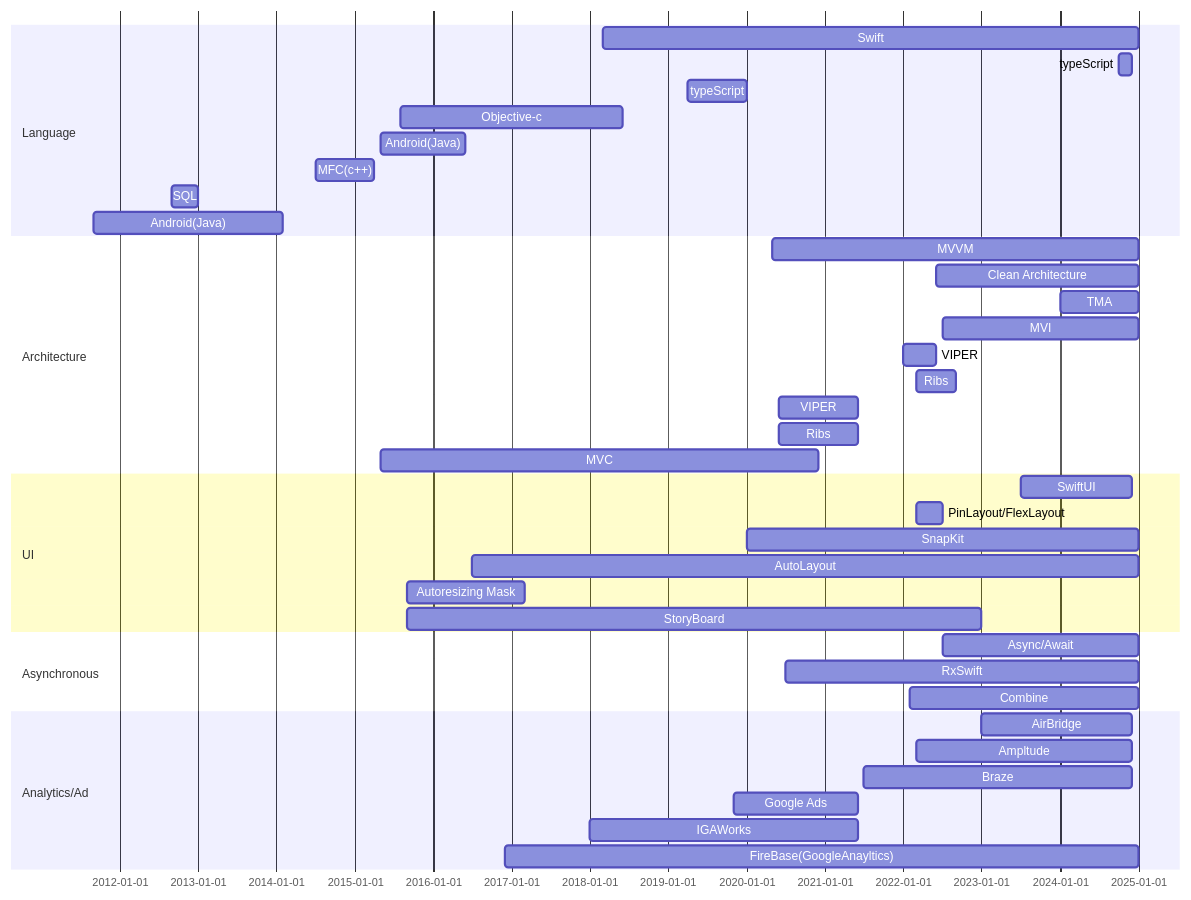
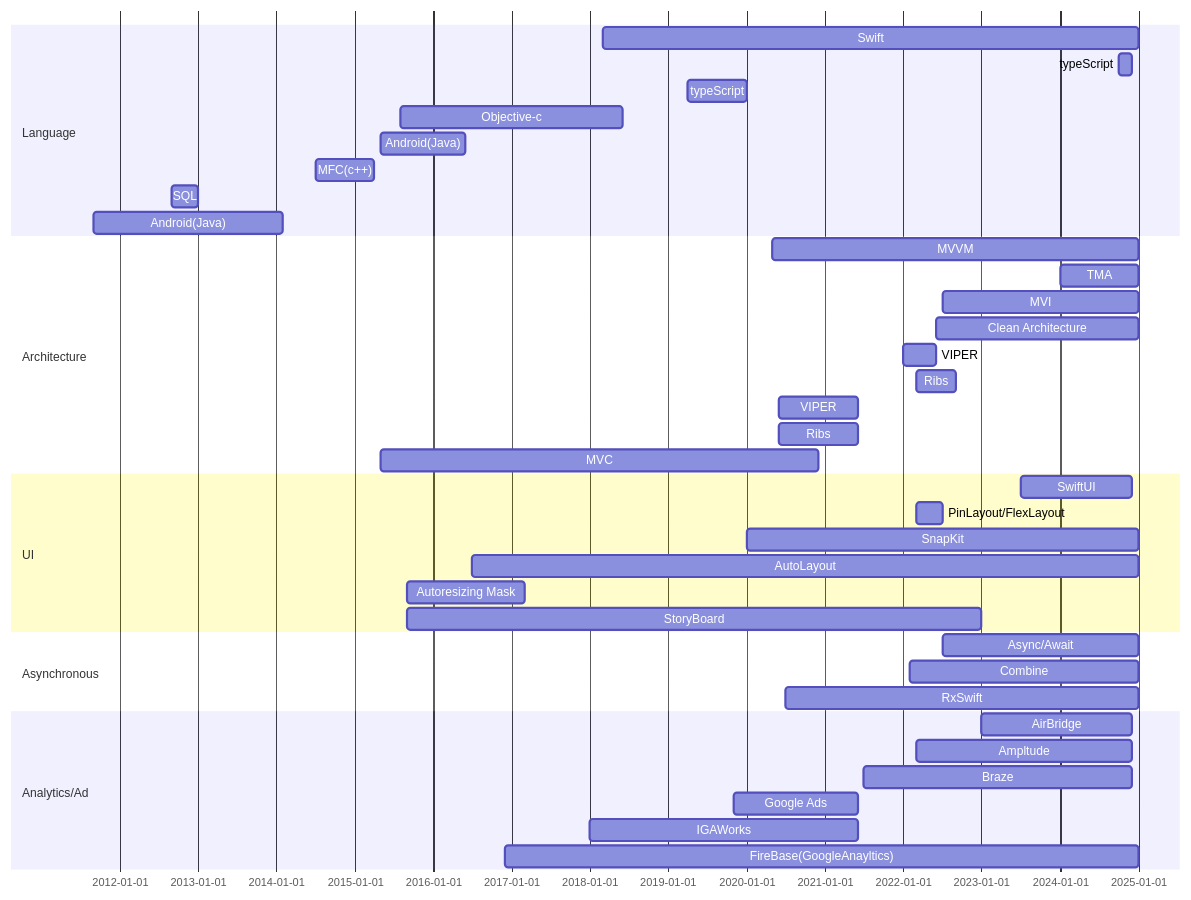
One commit to talq44/resume_portfolio changed the first of 2 diagrams in PORTFOLIO.md. Above: the diagram before and after it, drawn with Mermaid. The commit also changed other lines of this file, not shown here.

````diff
--- a/PORTFOLIO.md
+++ b/PORTFOLIO.md
@@ -3,45 +3,45 @@
 ``` mermaid
 gantt
   dateFormat  YYYY-MM
   section Language
   Swift :i3, 2018-03, 2025-01
   typeScript :a1, 2024-10, 2024-12
   typeScript :a1, 2019-04, 2020-01
   Objective-c :l5, 2015-08, 2018-06
   Android(Java) :l4, 2015-05, 2016-06
   MFC(c++) :l3, 2014-07, 2015-04
   SQL :l2, 2012-09, 2013-01
   Android(Java) :l1, 2011-09, 2014-02
 
   section Architecture
   MVVM :a1, 2020-05, 2025-01
-  Clean Architecture :a1, 2022-06, 2025-01
   TMA: a5, 2024-01, 2025-01
   MVI :a2, 2022-07, 2025-01
+  Clean Architecture :a1, 2022-06, 2025-01
   VIPER: a4, 2022-01, 2022-06
   Ribs: a4, 2022-03, 2022-09
   VIPER: a4, 2020-06, 2021-06
   Ribs: a4, 2020-06, 2021-06
   MVC : a3, 2015-05, 2020-12
 
   section UI
   SwiftUI : c1, 2023-07, 2024-12
   PinLayout/FlexLayout : u3, 2022-03, 2022-07
   SnapKit : c3, 2020-01, 2025-01
   AutoLayout : c2, 2016-07, 2025-01
   Autoresizing Mask : u2, 2015-09, 2017-03
   StoryBoard : u1, 2015-09, 2023-01
 
   section Asynchronous
   Async/Await: r3, 2022-07, 2025-01
+  Combine: r2, 2022-02, 2025-01
   RxSwift: r1, 2020-07, 2025-01
-  Combine: r2, 2022-02, 2025-01
 
   section Analytics/Ad
   AirBridge : s3, 2023-01, 2024-12
   Ampltude : s2, 2022-03, 2024-12
   Braze : s2, 2021-07, 2024-12
   Google Ads: aa2, 2019-11, 2021-06
   IGAWorks : aa1, 2018-01, 2021-06
   FireBase(GoogleAnayltics) : s2, 2016-12, 2025-01
 ```
````
